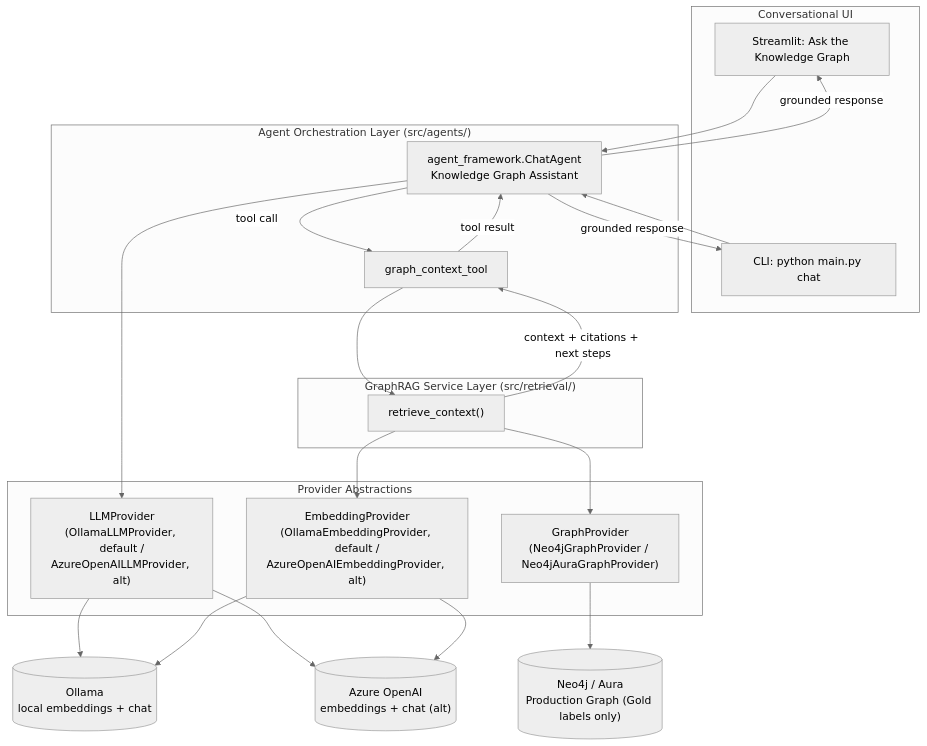
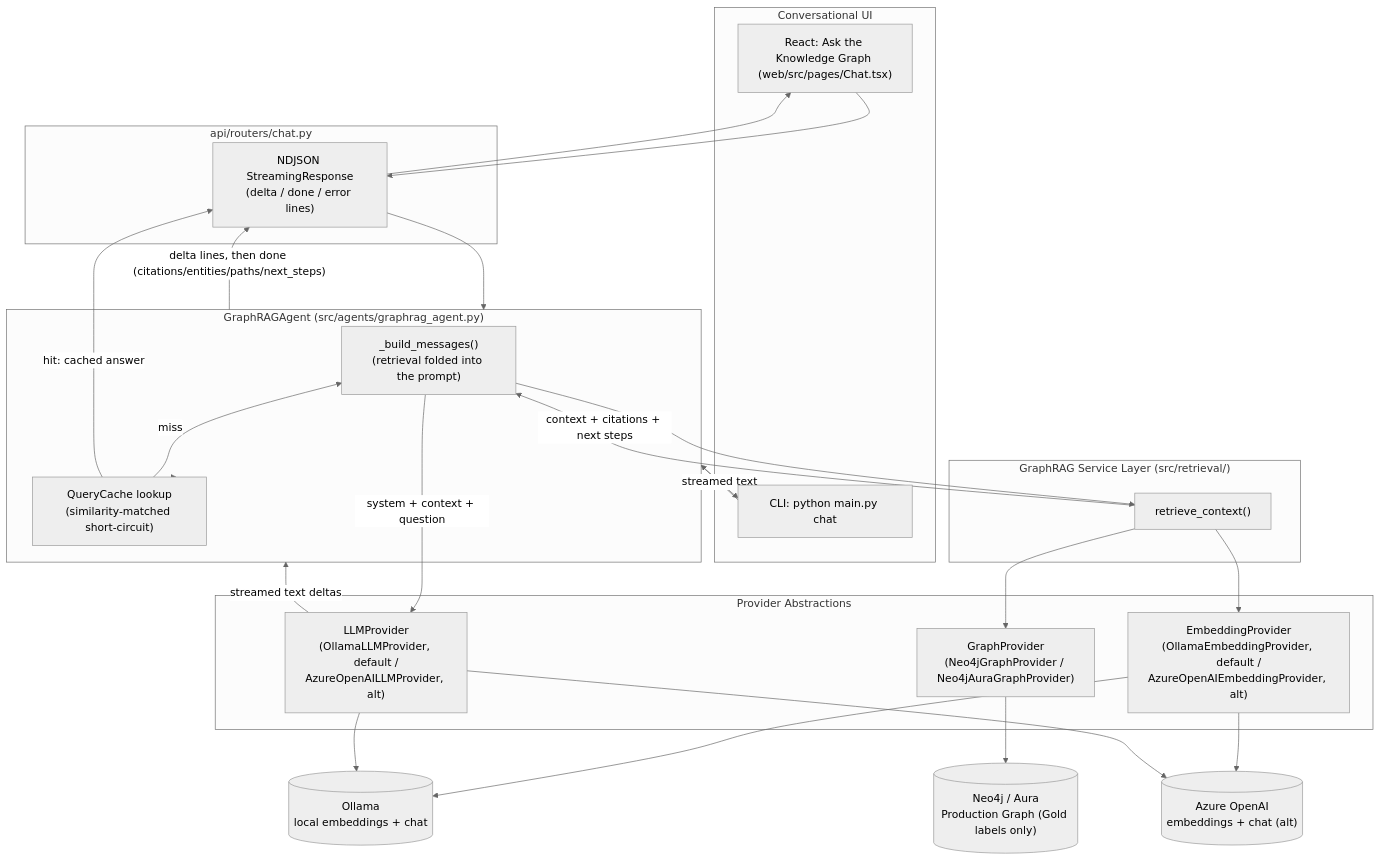
One commit to prigya-s/Unstructured-Data-to-graph changed the first of 2 diagrams in docs/architecture/graphrag_retrieval.md. Above: the diagram before and after it, drawn with Mermaid (neutral theme). The commit also changed other lines of this file and 5 other files, not shown here.

Commit message:
Update architecture documentation

````diff
--- a/docs/architecture/graphrag_retrieval.md
+++ b/docs/architecture/graphrag_retrieval.md
@@ -48,43 +54,51 @@
 ```mermaid
 flowchart TB
     subgraph UI["Conversational UI"]
-        StreamlitChat["Streamlit: Ask the Knowledge Graph"]
+        WebChat["React: Ask the Knowledge Graph (web/src/pages/Chat.tsx)"]
         CLIChat["CLI: python main.py chat"]
     end
 
-    subgraph Agent["Agent Orchestration Layer (src/agents/)"]
-        ChatAgent["agent_framework.ChatAgent\nKnowledge Graph Assistant"]
-        Tool["graph_context_tool"]
+    subgraph API["api/routers/chat.py"]
+        Stream["NDJSON StreamingResponse\n(delta / done / error lines)"]
+    end
+
+    subgraph Agent["GraphRAGAgent (src/agents/graphrag_agent.py)"]
+        Cache["QueryCache lookup\n(similarity-matched short-circuit)"]
+        BuildMessages["_build_messages()\n(retrieval folded into the prompt)"]
     end
 
     subgraph Retrieval["GraphRAG Service Layer (src/retrieval/)"]
         RetrieveContext["retrieve_context()"]
     end
 
     subgraph Providers["Provider Abstractions"]
         EmbeddingProvider["EmbeddingProvider\n(OllamaEmbeddingProvider, default /\nAzureOpenAIEmbeddingProvider, alt)"]
         GraphProvider["GraphProvider\n(Neo4jGraphProvider / Neo4jAuraGraphProvider)"]
         LLMProvider["LLMProvider\n(OllamaLLMProvider, default /\nAzureOpenAILLMProvider, alt)"]
     end
 
     Neo4j[("Neo4j / Aura\nProduction Graph (Gold labels only)")]
     Ollama[("Ollama\nlocal embeddings + chat")]
     AzureOpenAI[("Azure OpenAI\nembeddings + chat (alt)")]
 
-    StreamlitChat --> ChatAgent
-    CLIChat --> ChatAgent
-    ChatAgent --> LLMProvider
-    LLMProvider --> Ollama
-    LLMProvider --> AzureOpenAI
-    ChatAgent -- "tool call" --> Tool
-    Tool --> RetrieveContext
+    WebChat --> Stream
+    CLIChat --> Agent
+    Stream --> Agent
+    Agent --> Cache
+    Cache -- "miss" --> BuildMessages
+    Cache -- "hit: cached answer" --> Stream
+    BuildMessages --> RetrieveContext
     RetrieveContext --> EmbeddingProvider
     RetrieveContext --> GraphProvider
     EmbeddingProvider --> Ollama
     EmbeddingProvider --> AzureOpenAI
     GraphProvider --> Neo4j
-    RetrieveContext -- "context + citations + next steps" --> Tool
-    Tool -- "tool result" --> ChatAgent
-    ChatAgent -- "grounded response" --> StreamlitChat
-    ChatAgent -- "grounded response" --> CLIChat
+    RetrieveContext -- "context + citations + next steps" --> BuildMessages
+    BuildMessages -- "system + context + question" --> LLMProvider
+    LLMProvider --> Ollama
+    LLMProvider --> AzureOpenAI
+    LLMProvider -- "streamed text deltas" --> Agent
+    Agent -- "delta lines, then done (citations/entities/paths/next_steps)" --> Stream
+    Stream --> WebChat
+    Agent -- "streamed text" --> CLIChat
 ```
````
